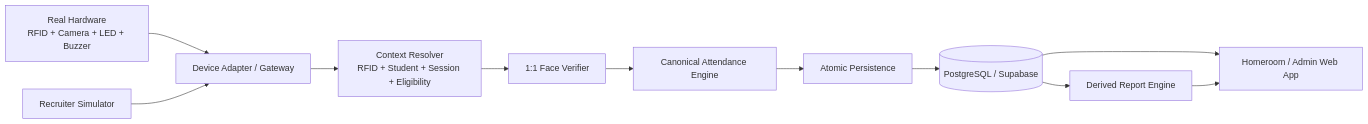
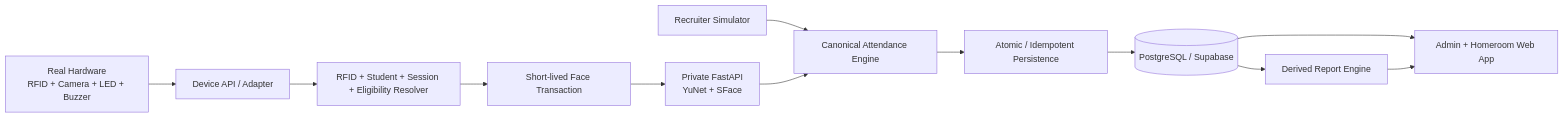
Before and after one commit to nafisajuliansahsaputra/attendance-system: the diagram in README.md, drawn with Mermaid. The commit also changed other lines of this file, not shown here.

````diff
--- a/README.md
+++ b/README.md
@@ -31,13 +13,14 @@
 ```mermaid
 flowchart LR
-    H[Real Hardware\nRFID + Camera + LED + Buzzer] --> G[Device Adapter / Gateway]
-    S[Recruiter Simulator] --> G
-    G --> C[Context Resolver\nRFID + Student + Session + Eligibility]
-    C --> F[1:1 Face Verifier]
-    F --> A[Canonical Attendance Engine]
-    A --> P[Atomic Persistence]
+    H[Real Hardware\nRFID + Camera + LED + Buzzer] --> G[Device API / Adapter]
+    S[Recruiter Simulator] --> A[Canonical Attendance Engine]
+    G --> C[RFID + Student + Session + Eligibility Resolver]
+    C --> V[Short-lived Face Transaction]
+    V --> F[Private FastAPI\nYuNet + SFace]
+    F --> A
+    A --> P[Atomic / Idempotent Persistence]
     P --> D[(PostgreSQL / Supabase)]
-    D --> T[Homeroom / Admin Web App]
+    D --> T[Admin + Homeroom Web App]
     D --> R[Derived Report Engine]
     R --> T
 ```
````
